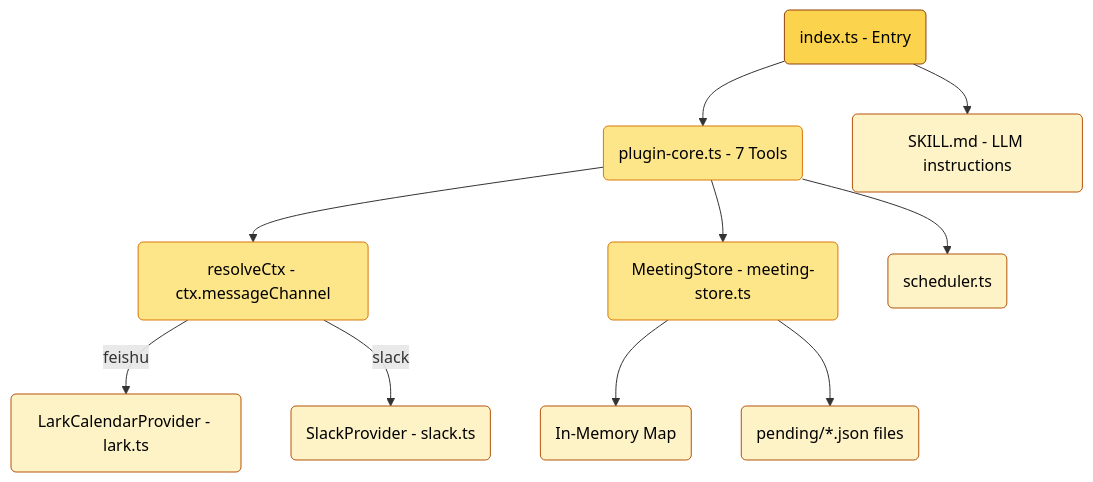
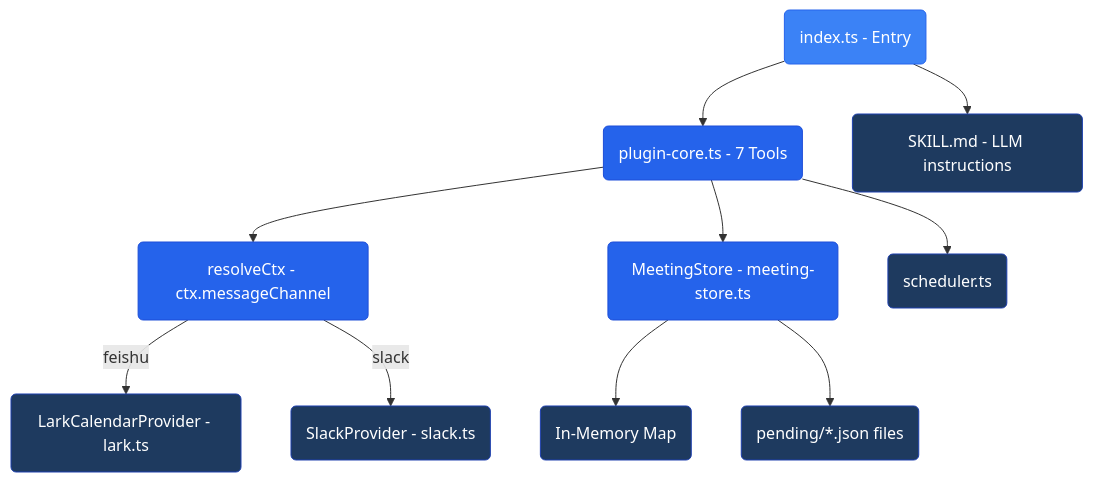
Before and after one commit to javana3/claw_meeting_all: the seventh of 13 diagrams in README.md, drawn with Mermaid. The commit also changed other lines of this file, not shown here.

Commit message:
Modernize diagrams with blue tech color scheme

````diff
--- a/README.md
+++ b/README.md
@@ -282,23 +282,23 @@
 ```mermaid
 graph TD
     IDX(index.ts - Entry) --> CORE(plugin-core.ts - 7 Tools)
     CORE --> ROUTER(resolveCtx - ctx.messageChannel)
     ROUTER -->|feishu| LP(LarkCalendarProvider - lark.ts)
     ROUTER -->|slack| SP(SlackProvider - slack.ts)
     CORE --> STORE(MeetingStore - meeting-store.ts)
     STORE --> MEM(In-Memory Map)
     STORE --> DISK(pending/*.json files)
     CORE --> SCHED(scheduler.ts)
     IDX --> SKILL(SKILL.md - LLM instructions)
 
-    style ROUTER fill:#fde68a,stroke:#d97706,color:#000
-    style STORE fill:#fde68a,stroke:#d97706,color:#000
-    style DISK fill:#fef3c7,stroke:#b45309,color:#000
-    style LP fill:#fef3c7,stroke:#b45309,color:#000
-    style SP fill:#fef3c7,stroke:#b45309,color:#000
-    style IDX fill:#fcd34d,stroke:#92400e,color:#000
-    style CORE fill:#fde68a,stroke:#d97706,color:#000
-    style MEM fill:#fef3c7,stroke:#b45309,color:#000
-    style SCHED fill:#fef3c7,stroke:#b45309,color:#000
-    style SKILL fill:#fef3c7,stroke:#b45309,color:#000
+    style ROUTER fill:#2563eb,stroke:#1d4ed8,color:#fff
+    style STORE fill:#2563eb,stroke:#1d4ed8,color:#fff
+    style DISK fill:#1e3a5f,stroke:#1e40af,color:#fff
+    style LP fill:#1e3a5f,stroke:#1e40af,color:#fff
+    style SP fill:#1e3a5f,stroke:#1e40af,color:#fff
+    style IDX fill:#3b82f6,stroke:#2563eb,color:#fff
+    style CORE fill:#2563eb,stroke:#1d4ed8,color:#fff
+    style MEM fill:#1e3a5f,stroke:#1e40af,color:#fff
+    style SCHED fill:#1e3a5f,stroke:#1e40af,color:#fff
+    style SKILL fill:#1e3a5f,stroke:#1e40af,color:#fff
 ```
````
